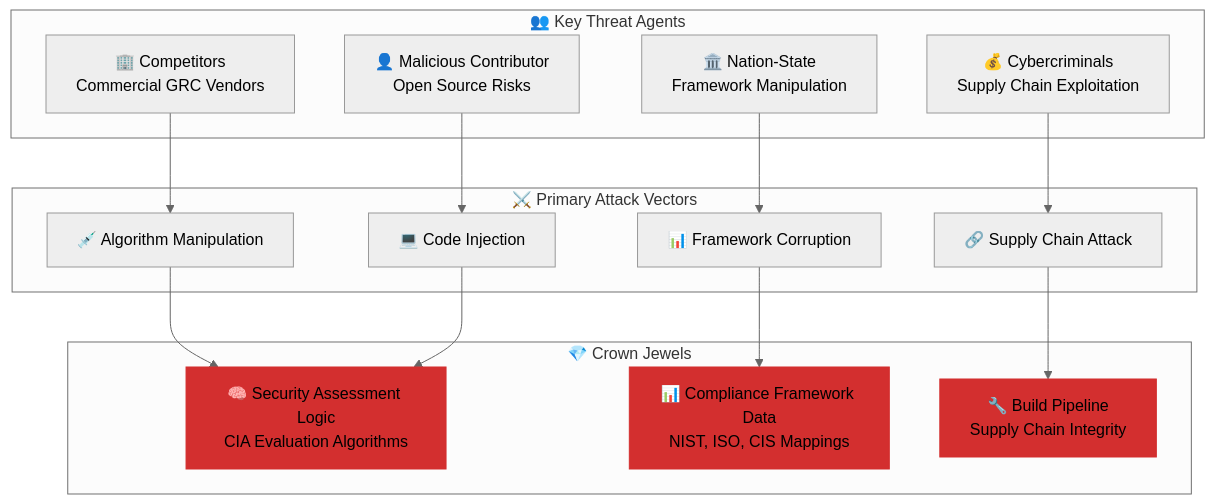
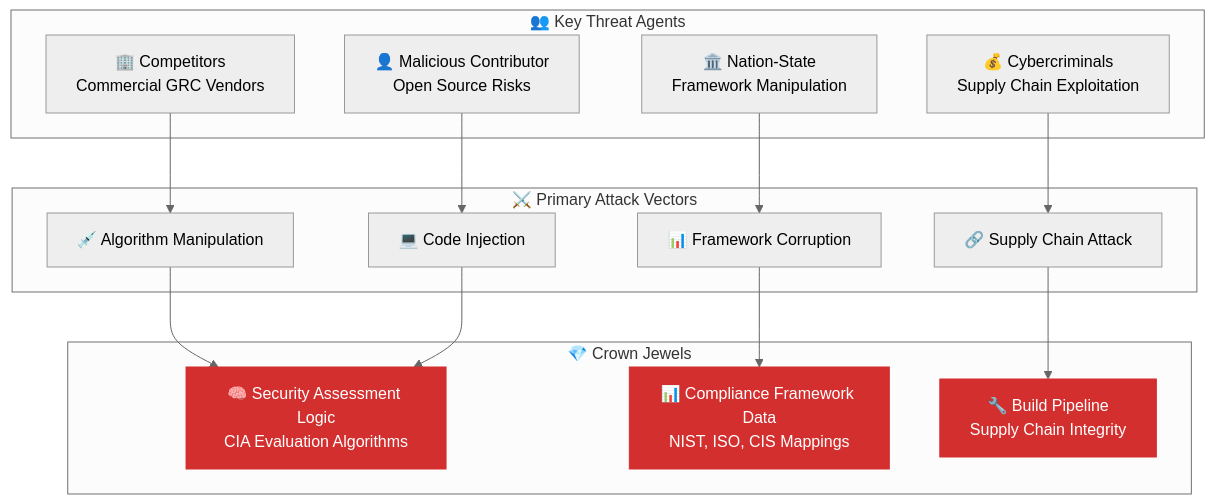
Before and after one commit to Hack23/cia-compliance-manager: the first of 15 diagrams in docs/architecture/THREAT_MODEL.md, drawn with Mermaid. The commit also changed other lines of this file and 7 other files, not shown here.

````diff
--- a/docs/architecture/THREAT_MODEL.md
+++ b/docs/architecture/THREAT_MODEL.md
@@ -116,37 +116,37 @@
 ```mermaid
 %%{init: {"theme": "neutral"}}%%
 flowchart TB
     subgraph CROWN_JEWELS["💎 Crown Jewels"]
         ASSESSMENT[🧠 Security Assessment Logic<br/>CIA Evaluation Algorithms]
         FRAMEWORKS[📊 Compliance Framework Data<br/>NIST, ISO, CIS Mappings]
         PIPELINE[🔧 Build Pipeline<br/>Supply Chain Integrity]
     end
     
     subgraph ATTACK_VECTORS["⚔️ Primary Attack Vectors"]
         ALGO_POISON[💉 Algorithm Manipulation]
         FRAMEWORK_CORRUPT[📊 Framework Corruption]
         SUPPLY_CHAIN[🔗 Supply Chain Attack]
         CODE_INJECT[💻 Code Injection]
     end
     
     subgraph THREAT_AGENTS["👥 Key Threat Agents"]
         COMPETITORS[🏢 Competitors<br/>Commercial GRC Vendors]
         NATION_STATE[🏛️ Nation-State<br/>Framework Manipulation]
         CYBER_CRIME[💰 Cybercriminals<br/>Supply Chain Exploitation]
         INSIDER[👤 Malicious Contributor<br/>Open Source Risks]
     end
     
     ALGO_POISON --> ASSESSMENT
     FRAMEWORK_CORRUPT --> FRAMEWORKS
     SUPPLY_CHAIN --> PIPELINE
     CODE_INJECT --> ASSESSMENT
     
     COMPETITORS --> ALGO_POISON
     NATION_STATE --> FRAMEWORK_CORRUPT
     CYBER_CRIME --> SUPPLY_CHAIN
     INSIDER --> CODE_INJECT
     
-    style ASSESSMENT fill:#D32F2F,stroke:#d32f2f,color:#000
-    style FRAMEWORKS fill:#D32F2F,stroke:#d32f2f,color:#000
-    style PIPELINE fill:#D32F2F,stroke:#d32f2f,color:#000
+    style ASSESSMENT fill:#D32F2F,stroke:#d32f2f,color:#ffffff
+    style FRAMEWORKS fill:#D32F2F,stroke:#d32f2f,color:#ffffff
+    style PIPELINE fill:#D32F2F,stroke:#d32f2f,color:#ffffff
 ```
````
